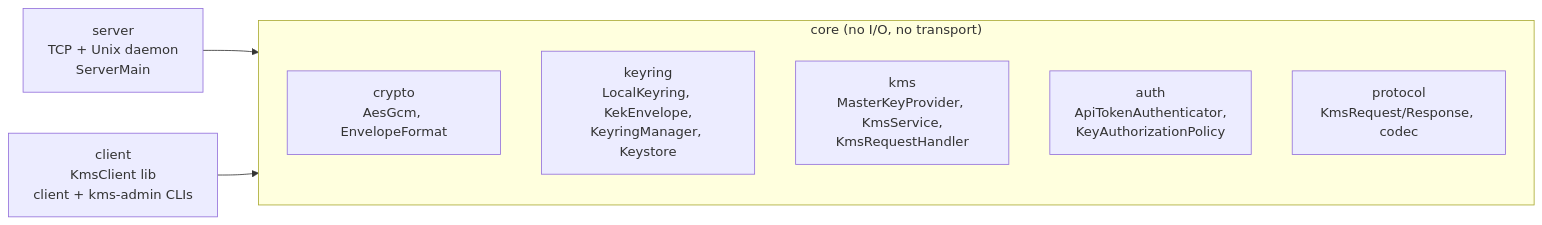
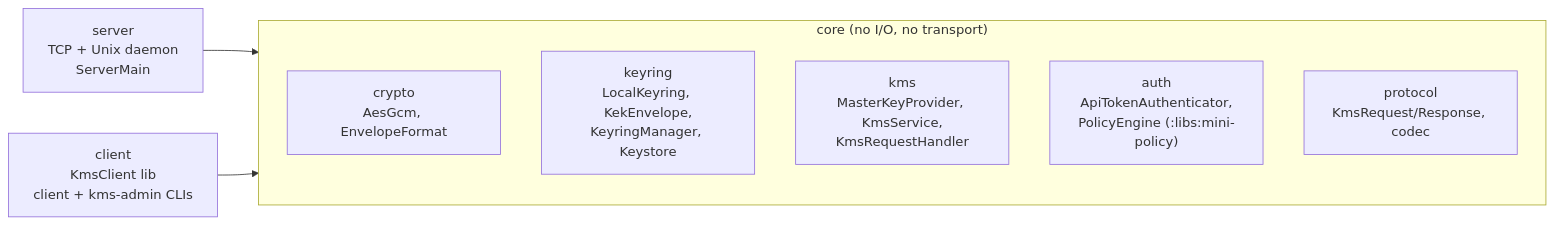
Before and after one commit to codeheadsystems/mini-auth: the second of 7 diagrams in services/mini-kms/README.md, drawn with Mermaid. The commit also changed other lines of this file and 37 other files, not shown here.

````diff
--- a/services/mini-kms/README.md
+++ b/services/mini-kms/README.md
@@ -200,15 +203,15 @@
 ```mermaid
 flowchart LR
     subgraph core["core (no I/O, no transport)"]
       crypto["crypto<br/>AesGcm, EnvelopeFormat"]
       keyring["keyring<br/>LocalKeyring, KekEnvelope,<br/>KeyringManager, Keystore"]
       kms["kms<br/>MasterKeyProvider, KmsService,<br/>KmsRequestHandler"]
-      auth["auth<br/>ApiTokenAuthenticator,<br/>KeyAuthorizationPolicy"]
+      auth["auth<br/>ApiTokenAuthenticator,<br/>PolicyEngine (:libs:mini-policy)"]
       protocol["protocol<br/>KmsRequest/Response, codec"]
     end
     server["server<br/>TCP + Unix daemon<br/>ServerMain"]
     client["client<br/>KmsClient lib<br/>client + kms-admin CLIs"]
 
     server --> core
     client --> core
 ```
````
